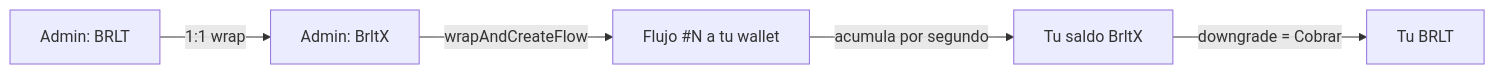
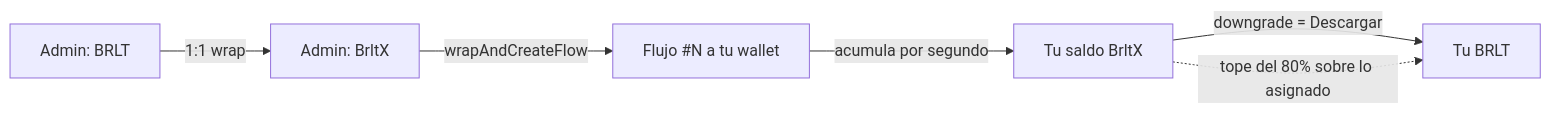
One commit to anlucorporations/superfluid changed the second of 2 diagrams in docs/Manuales/00-index.md. Above: the diagram before and after it, drawn with Mermaid. The commit also changed other lines of this file and 64 other files, not shown here.

First line of the commit message:
Manuales y casos de uso: Portal del Empleado, validacion de wallet y downgrade tope 80% (CU-17)

````diff
--- a/docs/Manuales/00-index.md
+++ b/docs/Manuales/00-index.md
@@ -25,7 +47,8 @@
 ```mermaid
 flowchart LR
     A[Admin: BRLT] -->|1:1 wrap| B[Admin: BrltX]
     B -->|wrapAndCreateFlow| C[Flujo #N a tu wallet]
     C -->|acumula por segundo| D[Tu saldo BrltX]
-    D -->|downgrade = Cobrar| E[Tu BRLT]
+    D -->|downgrade = Descargar| E[Tu BRLT]
+    D -.->|"tope del 80% sobre lo asignado"| E
 ```
````
